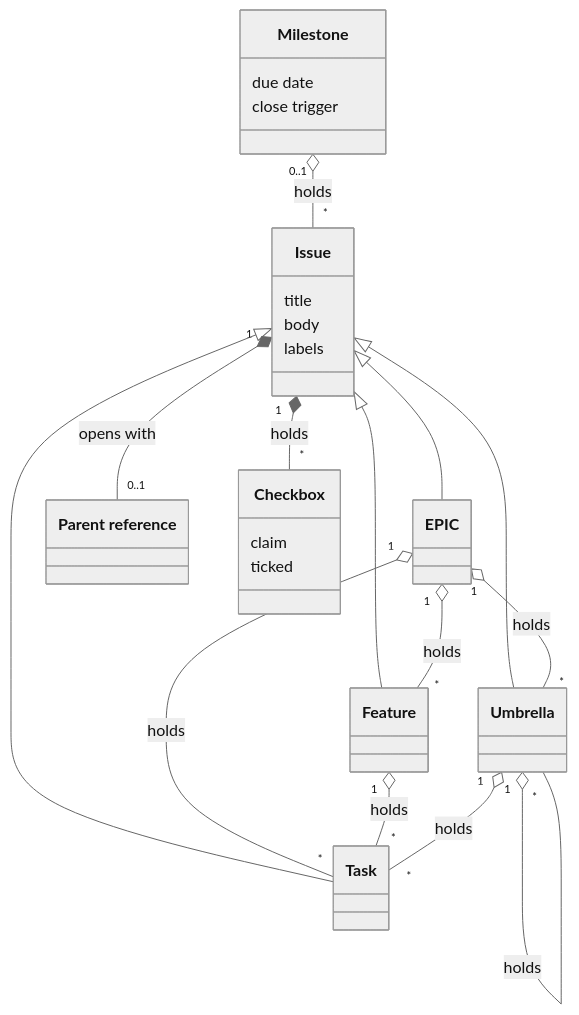
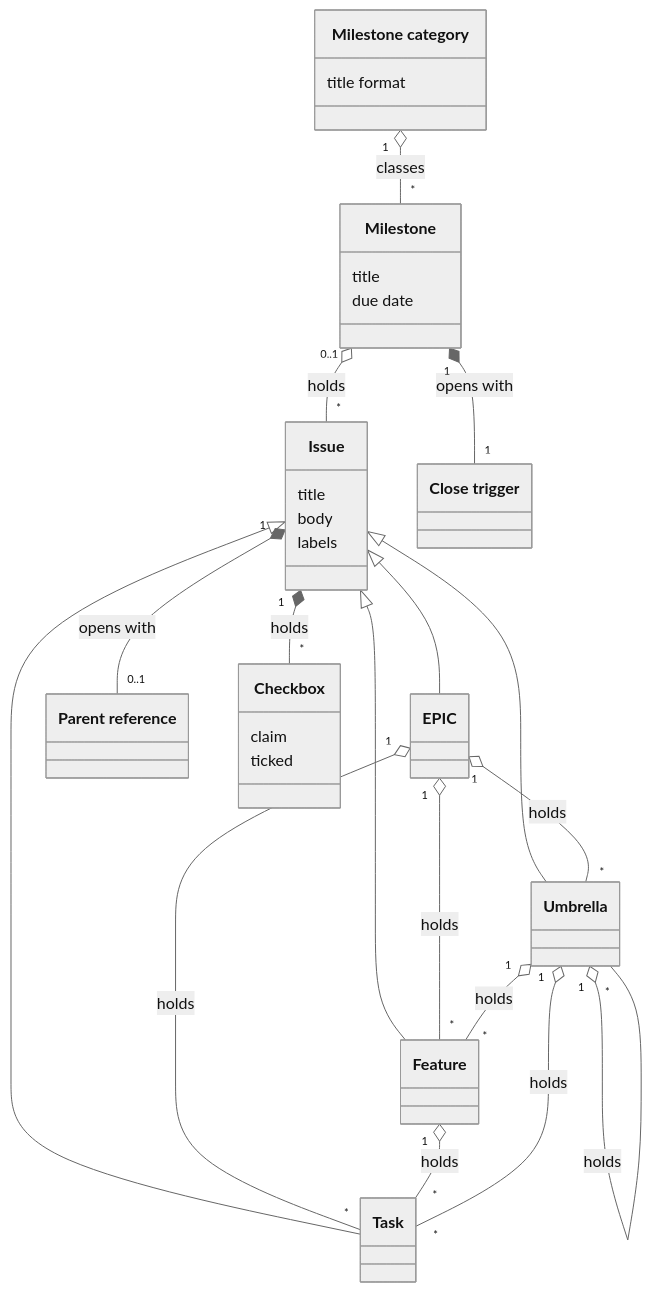
Before and after one commit to aleskalfas/project-kit: the first of 2 diagrams in tech-docs/analysis/project-management/domain-model/010-issues-and-their-hierarchy.md, drawn with Mermaid (neutral theme). The commit also changed other lines of this file and 11 other files, not shown here.

````diff
--- a/tech-docs/analysis/project-management/domain-model/010-issues-and-their-hierarchy.md
+++ b/tech-docs/analysis/project-management/domain-model/010-issues-and-their-hierarchy.md
@@ -41,36 +47,43 @@
 ```mermaid
 classDiagram
   accTitle: Issues and their hierarchy
-  accDescr: An issue is an EPIC, a Feature, an Umbrella or a Task, and holds checkboxes and at most one parent reference. A Milestone holds issues. An EPIC holds Features, Umbrellas and Tasks. A Feature holds Tasks. An Umbrella holds Tasks and Umbrellas.
+  accDescr: An issue is an EPIC, a Feature, an Umbrella or a Task, and holds checkboxes and at most one parent reference. A Milestone of one Milestone category opens with its close trigger, and holds issues. An EPIC holds Features, Umbrellas and Tasks. A Feature holds Tasks. An Umbrella holds Features, Tasks and Umbrellas.
   class Issue {
     title
     body
     labels
   }
   class Milestone {
+    title
     due date
-    close trigger
+  }
+  class CloseTrigger["Close trigger"]
+  class MilestoneCategory["Milestone category"] {
+    title format
   }
   class EPIC
   class Feature
   class Umbrella
   class Task
   class ParentReference["Parent reference"]
   class Checkbox {
     claim
     ticked
   }
   Issue <|-- EPIC
   Issue <|-- Feature
   Issue <|-- Umbrella
   Issue <|-- Task
   Milestone "0..1" o-- "*" Issue : holds
+  Milestone "1" *-- "1" CloseTrigger : opens with
+  MilestoneCategory "1" o-- "*" Milestone : classes
   EPIC "1" o-- "*" Feature : holds
   EPIC "1" o-- "*" Umbrella : holds
   EPIC "1" o-- "*" Task : holds
   Feature "1" o-- "*" Task : holds
+  Umbrella "1" o-- "*" Feature : holds
   Umbrella "1" o-- "*" Task : holds
   Umbrella "1" o-- "*" Umbrella : holds
   Issue "1" *-- "0..1" ParentReference : opens with
   Issue "1" *-- "*" Checkbox : holds
 ```
````
